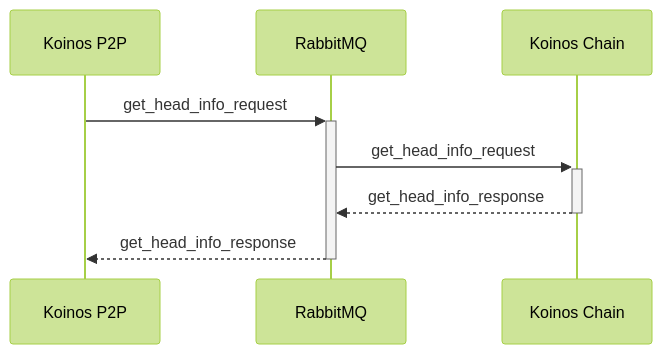
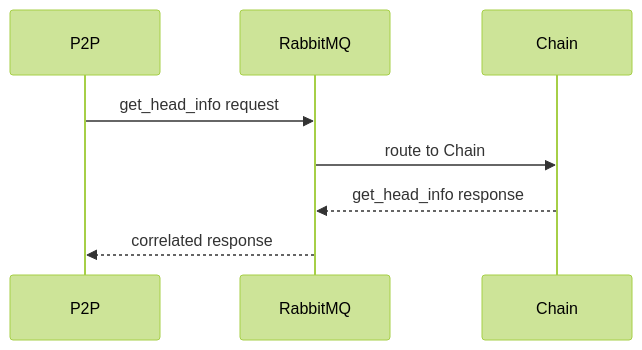
Before and after one commit to koinos/koinos-docs: the first of 2 diagrams in docs/architecture/interprocess-communication.md, drawn with Mermaid (forest theme). The commit also changed other lines of this file and 35 other files, not shown here.

Commit message:
docs: rebuild architecture chapter

````diff
--- a/docs/architecture/interprocess-communication.md
+++ b/docs/architecture/interprocess-communication.md
@@ -21,8 +21,11 @@
 ```mermaid
+sequenceDiagram
+    participant P2P
+    participant MQ as RabbitMQ
+    participant Chain
 
-   sequenceDiagram
-      Koinos P2P->>+RabbitMQ: get_head_info_request
-      RabbitMQ->>+Koinos Chain: get_head_info_request
-      Koinos Chain-->>-RabbitMQ: get_head_info_response
-      RabbitMQ-->>-Koinos P2P: get_head_info_response
+    P2P->>MQ: get_head_info request
+    MQ->>Chain: route to Chain
+    Chain-->>MQ: get_head_info response
+    MQ-->>P2P: correlated response
 ```
````
